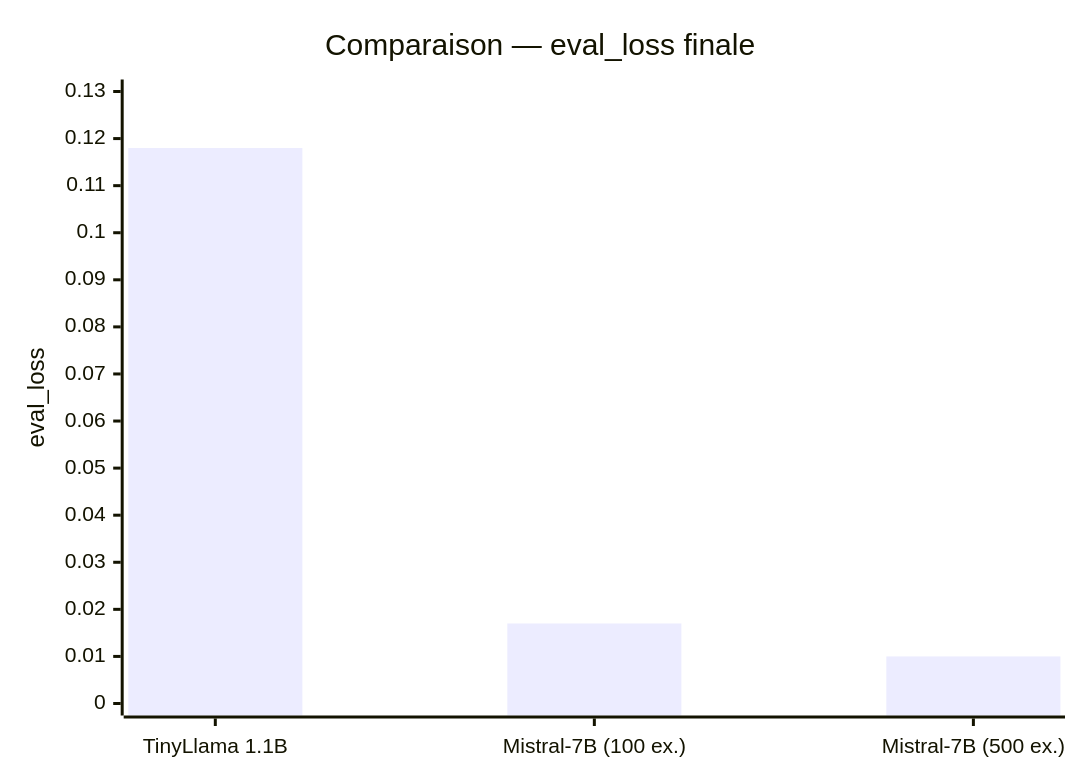
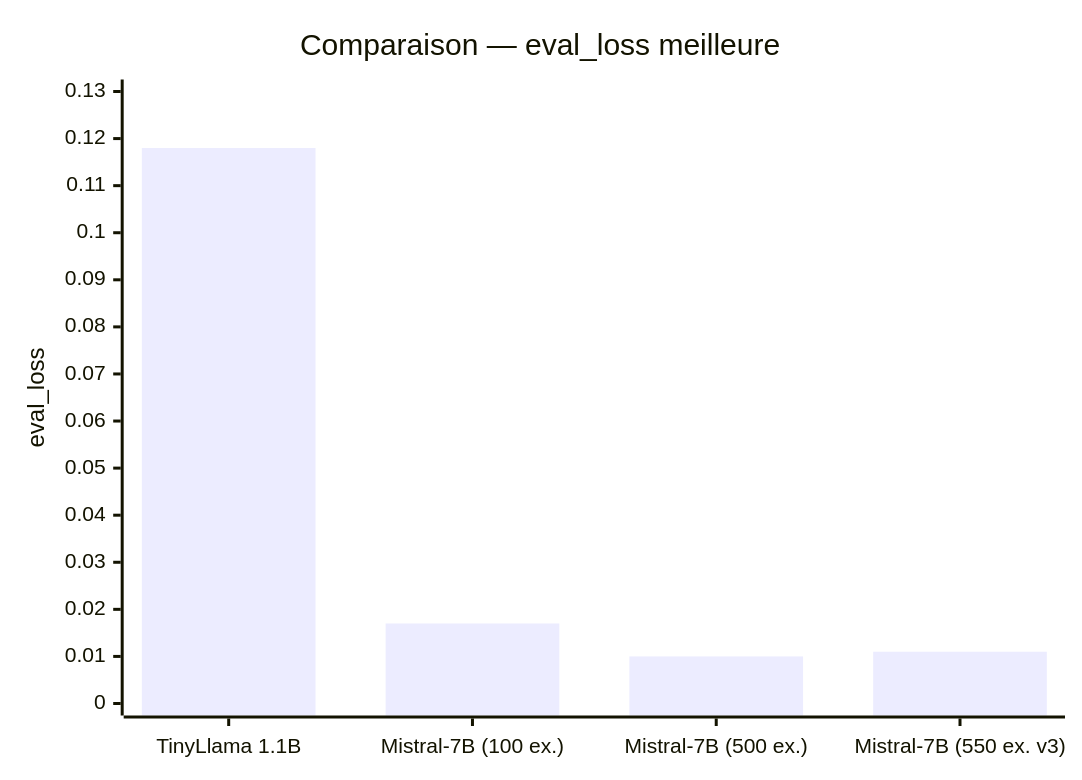
One commit to BTGenTP/FineTuningOnTelecomCluster changed the first of 7 diagrams in finetune/RESULTS.md. Above: the diagram before and after it, drawn with Mermaid. The commit also changed other lines of this file and 2 other files, not shown here.

````diff
--- a/finetune/RESULTS.md
+++ b/finetune/RESULTS.md
@@ -52,7 +61,7 @@
 ```mermaid
 xychart-beta
-    title "Comparaison — eval_loss finale"
-    x-axis ["TinyLlama 1.1B", "Mistral-7B (100 ex.)", "Mistral-7B (500 ex.)"]
+    title "Comparaison — eval_loss meilleure"
+    x-axis ["TinyLlama 1.1B", "Mistral-7B (100 ex.)", "Mistral-7B (500 ex.)", "Mistral-7B (550 ex. v3)"]
     y-axis "eval_loss" 0 --> 0.13
-    bar [0.118, 0.017, 0.010]
+    bar [0.118, 0.017, 0.010, 0.011]
 ```
````
